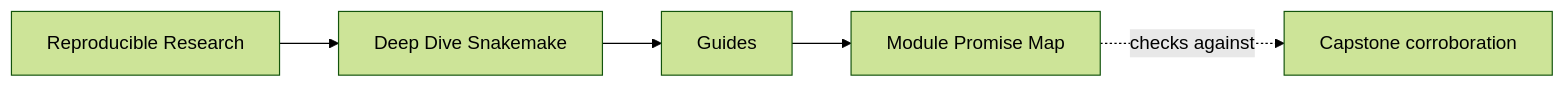
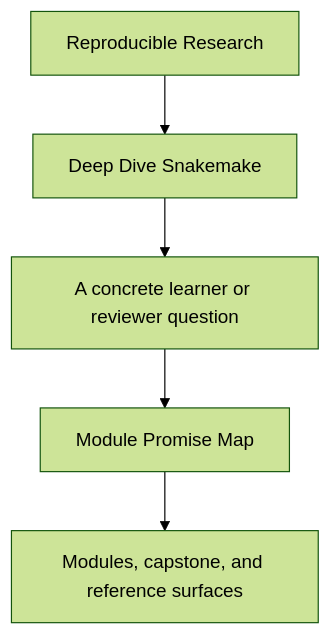
The first of 2 diagrams in programs/reproducible-research/deep-dive-snakemake/course-book/guides/module-promise-map.md (bijux/bijux-masterclass), drawn with Mermaid (forest theme) before and after one commit. The commit also changed other lines of this file and 29 other files, not shown here.

Commit message:
docs(deep-dive-snakemake): sharpen guide and reference diagrams

````diff
--- a/programs/reproducible-research/deep-dive-snakemake/course-book/guides/module-promise-map.md
+++ b/programs/reproducible-research/deep-dive-snakemake/course-book/guides/module-promise-map.md
@@ -9,11 +9,7 @@
 ```mermaid
-graph LR
-  family["Reproducible Research"]
-  program["Deep Dive Snakemake"]
-  section["Guides"]
-  page["Module Promise Map"]
-  capstone["Capstone corroboration"]
-
-  family --> program --> section --> page
-  page -.checks against.-> capstone
+flowchart TD
+  family["Reproducible Research"] --> program["Deep Dive Snakemake"]
+  program --> pressure["A concrete learner or reviewer question"]
+  pressure --> guide["Module Promise Map"]
+  guide --> next["Modules, capstone, and reference surfaces"]
 ```
````
